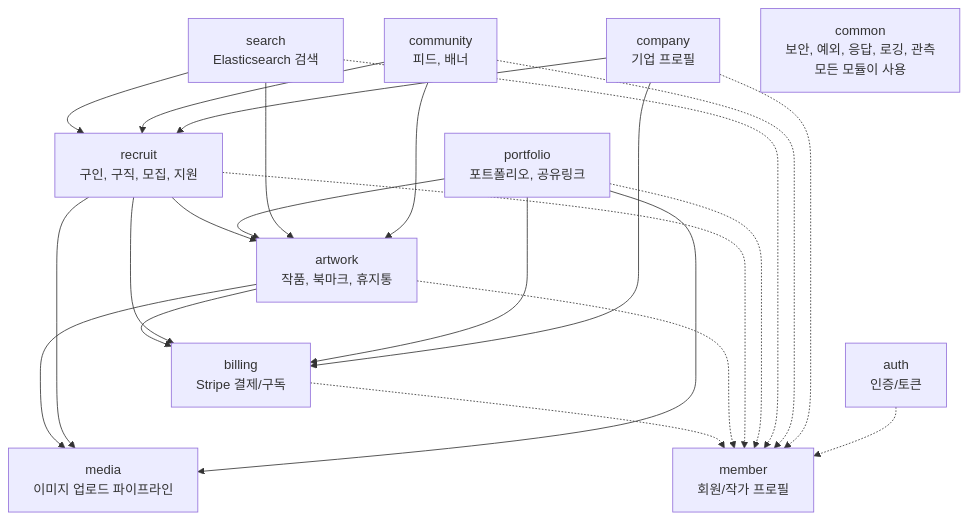
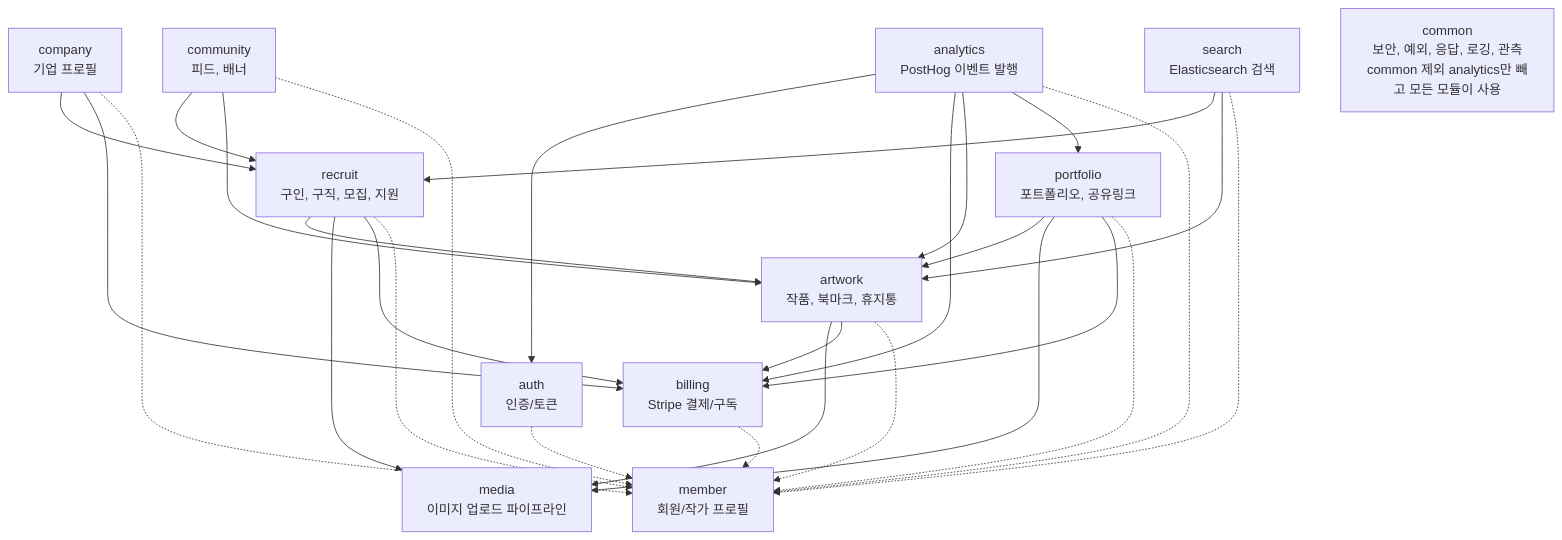
One commit to pack-in/at-crew-backend changed the diagram in docs/assets/modules.mmd. Above: the diagram before and after it, drawn with Mermaid. The commit also changed 87 other files, not shown here.

First line of the commit message:
feat(analytics): PostHog 이벤트 연동과 billing 결제 로직을 추가한다 (#247)

```diff
--- a/docs/assets/modules.mmd
+++ b/docs/assets/modules.mmd
@@ -1,42 +1,48 @@
 %% 화살표는 의존 방향(A --> B: A가 B의 공개 API를 호출하거나 B의 이벤트를 구독)이다.
 %% 정본은 ModularStructureTests가 만드는 build/spring-modulith-docs/components.puml이다.
 %% 모듈을 추가하거나 의존이 바뀌면 그 파일의 Rel 목록과 대조해 고친다.
 %% member로 가는 의존은 거의 모든 모듈에 있어 점선(-.->)으로 약하게 그린다.
 graph TD
   auth[auth<br/>인증/토큰]
   company[company<br/>기업 프로필]
   community[community<br/>피드, 배너]
   search[search<br/>Elasticsearch 검색]
   portfolio[portfolio<br/>포트폴리오, 공유링크]
   recruit[recruit<br/>구인, 구직, 모집, 지원]
   artwork[artwork<br/>작품, 북마크, 휴지통]
   billing[billing<br/>Stripe 결제/구독]
   media[media<br/>이미지 업로드 파이프라인]
   member[member<br/>회원/작가 프로필]
-  common[common<br/>보안, 예외, 응답, 로깅, 관측<br/>모든 모듈이 사용]
+  analytics[analytics<br/>PostHog 이벤트 발행]
+  common[common<br/>보안, 예외, 응답, 로깅, 관측<br/>common 제외 analytics만 빼고 모든 모듈이 사용]
 
   company --> recruit
   company --> billing
   community --> recruit
   community --> artwork
   search --> recruit
   search --> artwork
   portfolio --> artwork
   portfolio --> media
   portfolio --> billing
   recruit --> artwork
   recruit --> media
   recruit --> billing
   artwork --> media
   artwork --> billing
+  analytics --> auth
+  analytics --> billing
+  analytics --> artwork
+  analytics --> portfolio
   %% media를 billing 아래 층에 둬 두 모듈 사이에서 선이 교차하지 않게 한다(보이지 않는 선).
   billing ~~~ media
 
   auth -.-> member
   company -.-> member
   community -.-> member
   search -.-> member
   portfolio -.-> member
   recruit -.-> member
   artwork -.-> member
   billing -.-> member
+  analytics -.-> member
```
